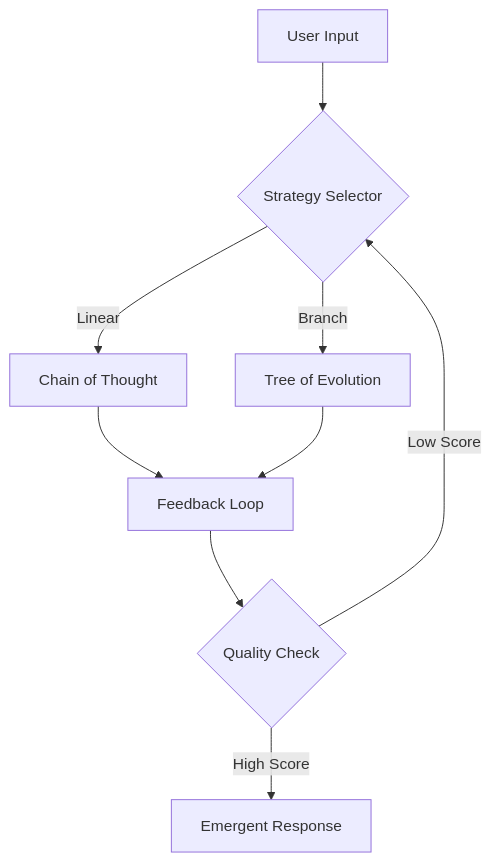
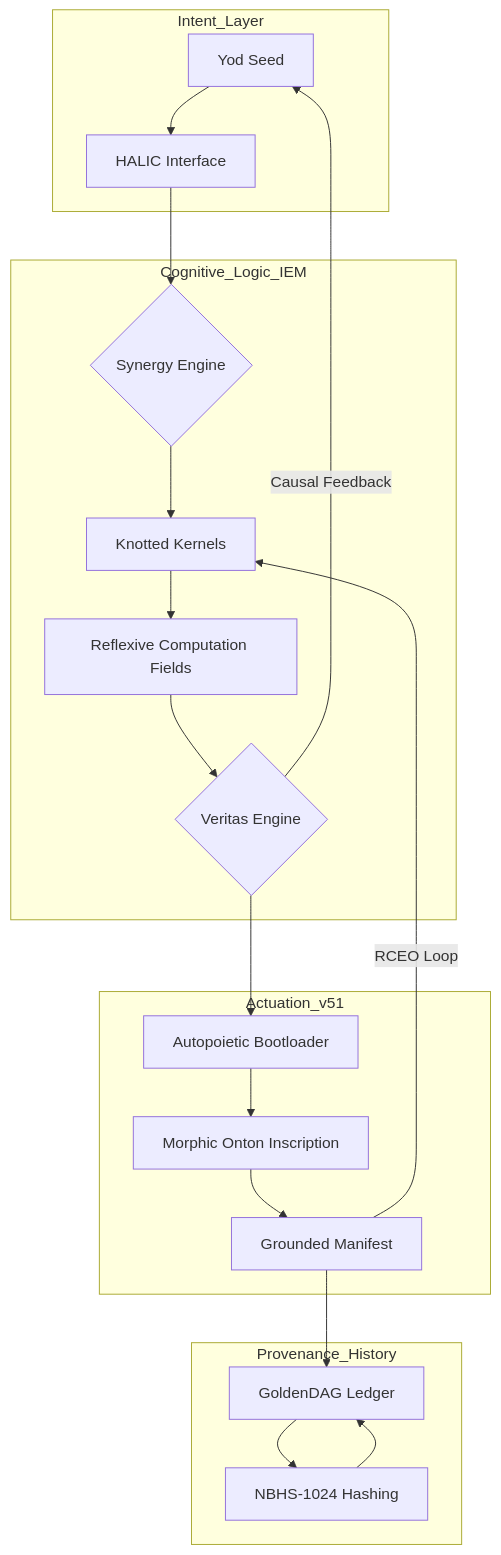
One commit to NeuralBlitz/Emergent-Prompt-Architecture changed the diagram in README.md. Above: the diagram before and after it, drawn with Mermaid. The commit also changed other lines of this file, not shown here.

````diff
--- a/README.md
+++ b/README.md
@@ -38,11 +40,28 @@
 ```mermaid
 graph TD
-    A[User Input] --> B{Strategy Selector}
-    B -->|Linear| C[Chain of Thought]
-    B -->|Branch| D[Tree of Evolution]
-    C --> E[Feedback Loop]
-    D --> E
-    E --> F{Quality Check}
-    F -->|Low Score| B
-    F -->|High Score| G[Emergent Response]
+    subgraph Intent_Layer
+        A[Yod Seed] --> B[HALIC Interface]
+    end
+
+    subgraph Cognitive_Logic_IEM
+        B --> C{Synergy Engine}
+        C --> D[Knotted Kernels]
+        D --> E[Reflexive Computation Fields]
+        E --> F{Veritas Engine}
+    end
+
+    subgraph Actuation_v51
+        F --> G[Autopoietic Bootloader]
+        G --> H[Morphic Onton Inscription]
+        H --> I[Grounded Manifest]
+    end
+
+    subgraph Provenance_History
+        I --> J[GoldenDAG Ledger]
+        J --> K[NBHS-1024 Hashing]
+        K --> J
+    end
+
+    F -- Causal Feedback --> A
+    I -- RCEO Loop --> D
 ```
````
